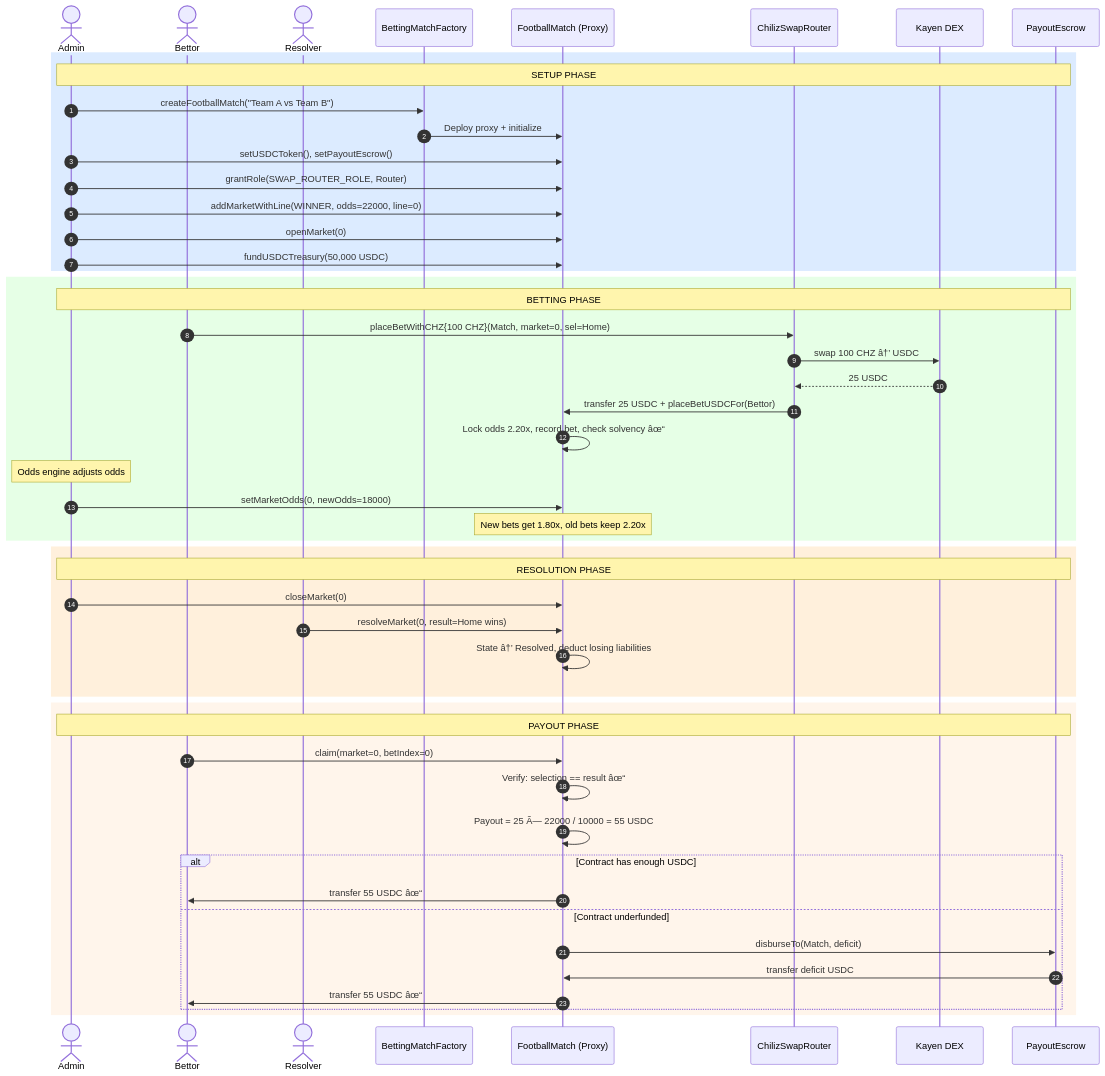
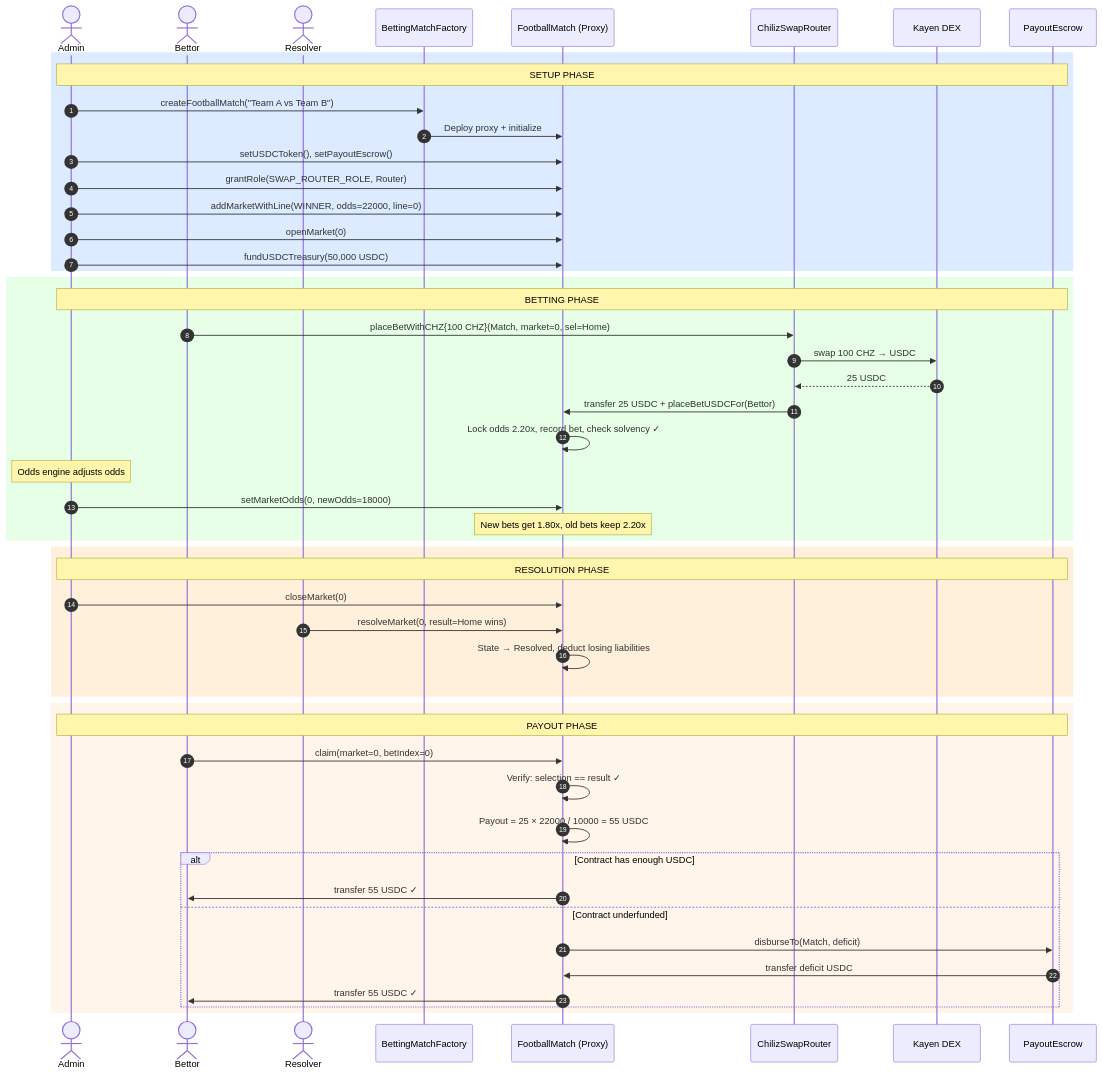
One commit to ChilizTV/smart-contracts changed the second of 5 diagrams in FUNCTIONAL_DOCUMENTATION.md. Above: the diagram before and after it, drawn with Mermaid. The commit also changed other lines of this file and 1 other file, not shown here.

````diff
--- a/FUNCTIONAL_DOCUMENTATION.md
+++ b/FUNCTIONAL_DOCUMENTATION.md
@@ -468,59 +469,59 @@
 ```mermaid
 sequenceDiagram
     autonumber
     actor Admin
     actor Bettor
     actor Resolver
 
     participant Factory as BettingMatchFactory
     participant Match as FootballMatch (Proxy)
     participant Router as ChilizSwapRouter
     participant DEX as Kayen DEX
     participant Escrow as PayoutEscrow
 
     rect rgb(220, 235, 255)
         Note over Admin, Escrow: SETUP PHASE
         Admin->>Factory: createFootballMatch("Team A vs Team B")
         Factory->>Match: Deploy proxy + initialize
         Admin->>Match: setUSDCToken(), setPayoutEscrow()
         Admin->>Match: grantRole(SWAP_ROUTER_ROLE, Router)
         Admin->>Match: addMarketWithLine(WINNER, odds=22000, line=0)
         Admin->>Match: openMarket(0)
         Admin->>Match: fundUSDCTreasury(50,000 USDC)
     end
 
     rect rgb(230, 255, 230)
         Note over Admin, Escrow: BETTING PHASE
         Bettor->>Router: placeBetWithCHZ{100 CHZ}(Match, market=0, sel=Home)
-        Router->>DEX: swap 100 CHZ â†’ USDC
+        Router->>DEX: swap 100 CHZ → USDC
         DEX-->>Router: 25 USDC
         Router->>Match: transfer 25 USDC + placeBetUSDCFor(Bettor)
-        Match->>Match: Lock odds 2.20x, record bet, check solvency âœ“
+        Match->>Match: Lock odds 2.20x, record bet, check solvency ✓
 
         Note over Admin: Odds engine adjusts odds
         Admin->>Match: setMarketOdds(0, newOdds=18000)
         Note over Match: New bets get 1.80x, old bets keep 2.20x
     end
 
     rect rgb(255, 240, 220)
         Note over Admin, Escrow: RESOLUTION PHASE
         Admin->>Match: closeMarket(0)
         Resolver->>Match: resolveMarket(0, result=Home wins)
-        Match->>Match: State â†’ Resolved, deduct losing liabilities
+        Match->>Match: State → Resolved, deduct losing liabilities
     end
 
     rect rgb(255, 245, 235)
         Note over Admin, Escrow: PAYOUT PHASE
         Bettor->>Match: claim(market=0, betIndex=0)
-        Match->>Match: Verify: selection == result âœ“
-        Match->>Match: Payout = 25 Ã— 22000 / 10000 = 55 USDC
+        Match->>Match: Verify: selection == result ✓
+        Match->>Match: Payout = 25 × 22000 / 10000 = 55 USDC
 
         alt Contract has enough USDC
-            Match->>Bettor: transfer 55 USDC âœ“
+            Match->>Bettor: transfer 55 USDC ✓
         else Contract underfunded
             Match->>Escrow: disburseTo(Match, deficit)
             Escrow->>Match: transfer deficit USDC
-            Match->>Bettor: transfer 55 USDC âœ“
+            Match->>Bettor: transfer 55 USDC ✓
         end
     end
 ```
````
